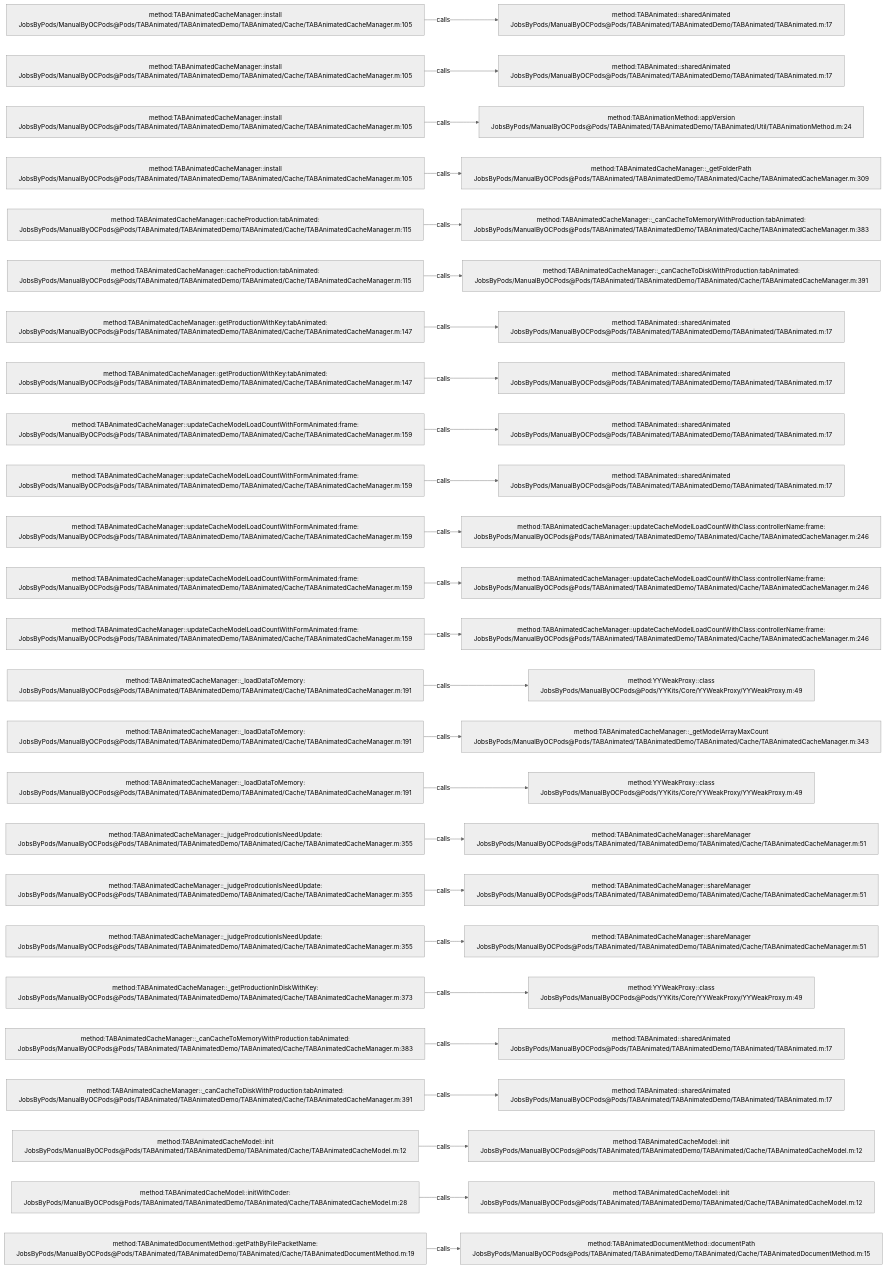
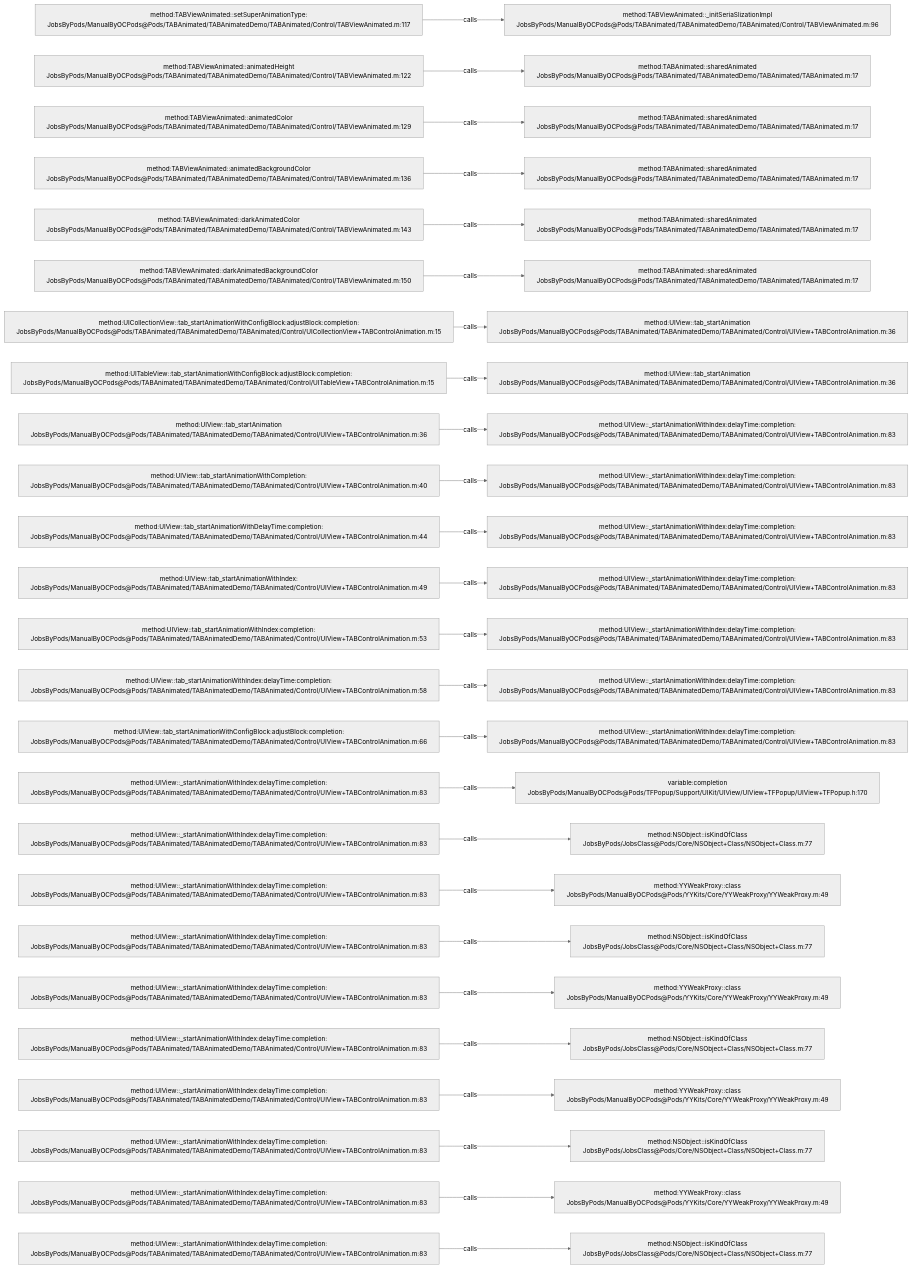
The diagram in .codegraph/codegraph.md/graphs/calls-028.md (JobsKits/JobsOCBaseConfigDemo), drawn with Mermaid (neutral theme) before and after one commit. The commit also changed 1223 other files, not shown here.

````diff
--- a/.codegraph/codegraph.md/graphs/calls-028.md
+++ b/.codegraph/codegraph.md/graphs/calls-028.md
@@ -13,78 +13,78 @@
 ```mermaid
 flowchart LR
-  S1["method:TABAnimatedCacheManager::install<br/>JobsByPods/ManualByOCPods@Pods/TABAnimated/TABAnimatedDemo/TABAnimated/Cache/TABAnimatedCacheManager.m:105"]
-  T1["method:TABAnimated::sharedAnimated<br/>JobsByPods/ManualByOCPods@Pods/TABAnimated/TABAnimatedDemo/TABAnimated/TABAnimated.m:17"]
+  S1["method:TABViewAnimated::setSuperAnimationType:<br/>JobsByPods/ManualByOCPods@Pods/TABAnimated/TABAnimatedDemo/TABAnimated/Control/TABViewAnimated.m:117"]
+  T1["method:TABViewAnimated::_initSeriaSlizationImpl<br/>JobsByPods/ManualByOCPods@Pods/TABAnimated/TABAnimatedDemo/TABAnimated/Control/TABViewAnimated.m:96"]
   S1 -->|calls| T1
-  S2["method:TABAnimatedCacheManager::install<br/>JobsByPods/ManualByOCPods@Pods/TABAnimated/TABAnimatedDemo/TABAnimated/Cache/TABAnimatedCacheManager.m:105"]
+  S2["method:TABViewAnimated::animatedHeight<br/>JobsByPods/ManualByOCPods@Pods/TABAnimated/TABAnimatedDemo/TABAnimated/Control/TABViewAnimated.m:122"]
   T2["method:TABAnimated::sharedAnimated<br/>JobsByPods/ManualByOCPods@Pods/TABAnimated/TABAnimatedDemo/TABAnimated/TABAnimated.m:17"]
   S2 -->|calls| T2
-  S3["method:TABAnimatedCacheManager::install<br/>JobsByPods/ManualByOCPods@Pods/TABAnimated/TABAnimatedDemo/TABAnimated/Cache/TABAnimatedCacheManager.m:105"]
-  T3["method:TABAnimationMethod::appVersion<br/>JobsByPods/ManualByOCPods@Pods/TABAnimated/TABAnimatedDemo/TABAnimated/Util/TABAnimationMethod.m:24"]
+  S3["method:TABViewAnimated::animatedColor<br/>JobsByPods/ManualByOCPods@Pods/TABAnimated/TABAnimatedDemo/TABAnimated/Control/TABViewAnimated.m:129"]
+  T3["method:TABAnimated::sharedAnimated<br/>JobsByPods/ManualByOCPods@Pods/TABAnimated/TABAnimatedDemo/TABAnimated/TABAnimated.m:17"]
   S3 -->|calls| T3
-  S4["method:TABAnimatedCacheManager::install<br/>JobsByPods/ManualByOCPods@Pods/TABAnimated/TABAnimatedDemo/TABAnimated/Cache/TABAnimatedCacheManager.m:105"]
-  T4["method:TABAnimatedCacheManager::_getFolderPath<br/>JobsByPods/ManualByOCPods@Pods/TABAnimated/TABAnimatedDemo/TABAnimated/Cache/TABAnimatedCacheManager.m:309"]
+  S4["method:TABViewAnimated::animatedBackgroundColor<br/>JobsByPods/ManualByOCPods@Pods/TABAnimated/TABAnimatedDemo/TABAnimated/Control/TABViewAnimated.m:136"]
+  T4["method:TABAnimated::sharedAnimated<br/>JobsByPods/ManualByOCPods@Pods/TABAnimated/TABAnimatedDemo/TABAnimated/TABAnimated.m:17"]
   S4 -->|calls| T4
-  S5["method:TABAnimatedCacheManager::cacheProduction:tabAnimated:<br/>JobsByPods/ManualByOCPods@Pods/TABAnimated/TABAnimatedDemo/TABAnimated/Cache/TABAnimatedCacheManager.m:115"]
-  T5["method:TABAnimatedCacheManager::_canCacheToMemoryWithProduction:tabAnimated:<br/>JobsByPods/ManualByOCPods@Pods/TABAnimated/TABAnimatedDemo/TABAnimated/Cache/TABAnimatedCacheManager.m:383"]
+  S5["method:TABViewAnimated::darkAnimatedColor<br/>JobsByPods/ManualByOCPods@Pods/TABAnimated/TABAnimatedDemo/TABAnimated/Control/TABViewAnimated.m:143"]
+  T5["method:TABAnimated::sharedAnimated<br/>JobsByPods/ManualByOCPods@Pods/TABAnimated/TABAnimatedDemo/TABAnimated/TABAnimated.m:17"]
   S5 -->|calls| T5
-  S6["method:TABAnimatedCacheManager::cacheProduction:tabAnimated:<br/>JobsByPods/ManualByOCPods@Pods/TABAnimated/TABAnimatedDemo/TABAnimated/Cache/TABAnimatedCacheManager.m:115"]
-  T6["method:TABAnimatedCacheManager::_canCacheToDiskWithProduction:tabAnimated:<br/>JobsByPods/ManualByOCPods@Pods/TABAnimated/TABAnimatedDemo/TABAnimated/Cache/TABAnimatedCacheManager.m:391"]
+  S6["method:TABViewAnimated::darkAnimatedBackgroundColor<br/>JobsByPods/ManualByOCPods@Pods/TABAnimated/TABAnimatedDemo/TABAnimated/Control/TABViewAnimated.m:150"]
+  T6["method:TABAnimated::sharedAnimated<br/>JobsByPods/ManualByOCPods@Pods/TABAnimated/TABAnimatedDemo/TABAnimated/TABAnimated.m:17"]
   S6 -->|calls| T6
-  S7["method:TABAnimatedCacheManager::getProductionWithKey:tabAnimated:<br/>JobsByPods/ManualByOCPods@Pods/TABAnimated/TABAnimatedDemo/TABAnimated/Cache/TABAnimatedCacheManager.m:147"]
-  T7["method:TABAnimated::sharedAnimated<br/>JobsByPods/ManualByOCPods@Pods/TABAnimated/TABAnimatedDemo/TABAnimated/TABAnimated.m:17"]
+  S7["method:UICollectionView::tab_startAnimationWithConfigBlock:adjustBlock:completion:<br/>JobsByPods/ManualByOCPods@Pods/TABAnimated/TABAnimatedDemo/TABAnimated/Control/UICollectionView+TABControlAnimation.m:15"]
+  T7["method:UIView::tab_startAnimation<br/>JobsByPods/ManualByOCPods@Pods/TABAnimated/TABAnimatedDemo/TABAnimated/Control/UIView+TABControlAnimation.m:36"]
   S7 -->|calls| T7
-  S8["method:TABAnimatedCacheManager::getProductionWithKey:tabAnimated:<br/>JobsByPods/ManualByOCPods@Pods/TABAnimated/TABAnimatedDemo/TABAnimated/Cache/TABAnimatedCacheManager.m:147"]
-  T8["method:TABAnimated::sharedAnimated<br/>JobsByPods/ManualByOCPods@Pods/TABAnimated/TABAnimatedDemo/TABAnimated/TABAnimated.m:17"]
+  S8["method:UITableView::tab_startAnimationWithConfigBlock:adjustBlock:completion:<br/>JobsByPods/ManualByOCPods@Pods/TABAnimated/TABAnimatedDemo/TABAnimated/Control/UITableView+TABControlAnimation.m:15"]
+  T8["method:UIView::tab_startAnimation<br/>JobsByPods/ManualByOCPods@Pods/TABAnimated/TABAnimatedDemo/TABAnimated/Control/UIView+TABControlAnimation.m:36"]
   S8 -->|calls| T8
-  S9["method:TABAnimatedCacheManager::updateCacheModelLoadCountWithFormAnimated:frame:<br/>JobsByPods/ManualByOCPods@Pods/TABAnimated/TABAnimatedDemo/TABAnimated/Cache/TABAnimatedCacheManager.m:159"]
-  T9["method:TABAnimated::sharedAnimated<br/>JobsByPods/ManualByOCPods@Pods/TABAnimated/TABAnimatedDemo/TABAnimated/TABAnimated.m:17"]
+  S9["method:UIView::tab_startAnimation<br/>JobsByPods/ManualByOCPods@Pods/TABAnimated/TABAnimatedDemo/TABAnimated/Control/UIView+TABControlAnimation.m:36"]
+  T9["method:UIView::_startAnimationWithIndex:delayTime:completion:<br/>JobsByPods/ManualByOCPods@Pods/TABAnimated/TABAnimatedDemo/TABAnimated/Control/UIView+TABControlAnimation.m:83"]
   S9 -->|calls| T9
-  S10["method:TABAnimatedCacheManager::updateCacheModelLoadCountWithFormAnimated:frame:<br/>JobsByPods/ManualByOCPods@Pods/TABAnimated/TABAnimatedDemo/TABAnimated/Cache/TABAnimatedCacheManager.m:159"]
-  T10["method:TABAnimated::sharedAnimated<br/>JobsByPods/ManualByOCPods@Pods/TABAnimated/TABAnimatedDemo/TABAnimated/TABAnimated.m:17"]
+  S10["method:UIView::tab_startAnimationWithCompletion:<br/>JobsByPods/ManualByOCPods@Pods/TABAnimated/TABAnimatedDemo/TABAnimated/Control/UIView+TABControlAnimation.m:40"]
+  T10["method:UIView::_startAnimationWithIndex:delayTime:completion:<br/>JobsByPods/ManualByOCPods@Pods/TABAnimated/TABAnimatedDemo/TABAnimated/Control/UIView+TABControlAnimation.m:83"]
   S10 -->|calls| T10
-  S11["method:TABAnimatedCacheManager::updateCacheModelLoadCountWithFormAnimated:frame:<br/>JobsByPods/ManualByOCPods@Pods/TABAnimated/TABAnimatedDemo/TABAnimated/Cache/TABAnimatedCacheManager.m:159"]
-  T11["method:TABAnimatedCacheManager::updateCacheModelLoadCountWithClass:controllerName:frame:<br/>JobsByPods/ManualByOCPods@Pods/TABAnimated/TABAnimatedDemo/TABAnimated/Cache/TABAnimatedCacheManager.m:246"]
+  S11["method:UIView::tab_startAnimationWithDelayTime:completion:<br/>JobsByPods/ManualByOCPods@Pods/TABAnimated/TABAnimatedDemo/TABAnimated/Control/UIView+TABControlAnimation.m:44"]
+  T11["method:UIView::_startAnimationWithIndex:delayTime:completion:<br/>JobsByPods/ManualByOCPods@Pods/TABAnimated/TABAnimatedDemo/TABAnimated/Control/UIView+TABControlAnimation.m:83"]
   S11 -->|calls| T11
-  S12["method:TABAnimatedCacheManager::updateCacheModelLoadCountWithFormAnimated:frame:<br/>JobsByPods/ManualByOCPods@Pods/TABAnimated/TABAnimatedDemo/TABAnimated/Cache/TABAnimatedCacheManager.m:159"]
-  T12["method:TABAnimatedCacheManager::updateCacheModelLoadCountWithClass:controllerName:frame:<br/>JobsByPods/ManualByOCPods@Pods/TABAnimated/TABAnimatedDemo/TABAnimated/Cache/TABAnimatedCacheManager.m:246"]
+  S12["method:UIView::tab_startAnimationWithIndex:<br/>JobsByPods/ManualByOCPods@Pods/TABAnimated/TABAnimatedDemo/TABAnimated/Control/UIView+TABControlAnimation.m:49"]
+  T12["method:UIView::_startAnimationWithIndex:delayTime:completion:<br/>JobsByPods/ManualByOCPods@Pods/TABAnimated/TABAnimatedDemo/TABAnimated/Control/UIView+TABControlAnimation.m:83"]
   S12 -->|calls| T12
-  S13["method:TABAnimatedCacheManager::updateCacheModelLoadCountWithFormAnimated:frame:<br/>JobsByPods/ManualByOCPods@Pods/TABAnimated/TABAnimatedDemo/TABAnimated/Cache/TABAnimatedCacheManager.m:159"]
-  T13["method:TABAnimatedCacheManager::updateCacheModelLoadCountWithClass:controllerName:frame:<br/>JobsByPods/ManualByOCPods@Pods/TABAnimated/TABAnimatedDemo/TABAnimated/Cache/TABAnimatedCacheManager.m:246"]
+  S13["method:UIView::tab_startAnimationWithIndex:completion:<br/>JobsByPods/ManualByOCPods@Pods/TABAnimated/TABAnimatedDemo/TABAnimated/Control/UIView+TABControlAnimation.m:53"]
+  T13["method:UIView::_startAnimationWithIndex:delayTime:completion:<br/>JobsByPods/ManualByOCPods@Pods/TABAnimated/TABAnimatedDemo/TABAnimated/Control/UIView+TABControlAnimation.m:83"]
   S13 -->|calls| T13
-  S14["method:TABAnimatedCacheManager::_loadDataToMemory:<br/>JobsByPods/ManualByOCPods@Pods/TABAnimated/TABAnimatedDemo/TABAnimated/Cache/TABAnimatedCacheManager.m:191"]
-  T14["method:YYWeakProxy::class<br/>JobsByPods/ManualByOCPods@Pods/YYKits/Core/YYWeakProxy/YYWeakProxy.m:49"]
+  S14["method:UIView::tab_startAnimationWithIndex:delayTime:completion:<br/>JobsByPods/ManualByOCPods@Pods/TABAnimated/TABAnimatedDemo/TABAnimated/Control/UIView+TABControlAnimation.m:58"]
+  T14["method:UIView::_startAnimationWithIndex:delayTime:completion:<br/>JobsByPods/ManualByOCPods@Pods/TABAnimated/TABAnimatedDemo/TABAnimated/Control/UIView+TABControlAnimation.m:83"]
   S14 -->|calls| T14
-  S15["method:TABAnimatedCacheManager::_loadDataToMemory:<br/>JobsByPods/ManualByOCPods@Pods/TABAnimated/TABAnimatedDemo/TABAnimated/Cache/TABAnimatedCacheManager.m:191"]
-  T15["method:TABAnimatedCacheManager::_getModelArrayMaxCount<br/>JobsByPods/ManualByOCPods@Pods/TABAnimated/TABAnimatedDemo/TABAnimated/Cache/TABAnimatedCacheManager.m:343"]
+  S15["method:UIView::tab_startAnimationWithConfigBlock:adjustBlock:completion:<br/>JobsByPods/ManualByOCPods@Pods/TABAnimated/TABAnimatedDemo/TABAnimated/Control/UIView+TABControlAnimation.m:66"]
+  T15["method:UIView::_startAnimationWithIndex:delayTime:completion:<br/>JobsByPods/ManualByOCPods@Pods/TABAnimated/TABAnimatedDemo/TABAnimated/Control/UIView+TABControlAnimation.m:83"]
   S15 -->|calls| T15
-  S16["method:TABAnimatedCacheManager::_loadDataToMemory:<br/>JobsByPods/ManualByOCPods@Pods/TABAnimated/TABAnimatedDemo/TABAnimated/Cache/TABAnimatedCacheManager.m:191"]
-  T16["method:YYWeakProxy::class<br/>JobsByPods/ManualByOCPods@Pods/YYKits/Core/YYWeakProxy/YYWeakProxy.m:49"]
+  S16["method:UIView::_startAnimationWithIndex:delayTime:completion:<br/>JobsByPods/ManualByOCPods@Pods/TABAnimated/TABAnimatedDemo/TABAnimated/Control/UIView+TABControlAnimation.m:83"]
+  T16["variable:completion<br/>JobsByPods/ManualByOCPods@Pods/TFPopup/Support/UIKit/UIView/UIView+TFPopup/UIView+TFPopup.h:170"]
   S16 -->|calls| T16
-  S17["method:TABAnimatedCacheManager::_judgeProdcutionIsNeedUpdate:<br/>JobsByPods/ManualByOCPods@Pods/TABAnimated/TABAnimatedDemo/TABAnimated/Cache/TABAnimatedCacheManager.m:355"]
-  T17["method:TABAnimatedCacheManager::shareManager<br/>JobsByPods/ManualByOCPods@Pods/TABAnimated/TABAnimatedDemo/TABAnimated/Cache/TABAnimatedCacheManager.m:51"]
+  S17["method:UIView::_startAnimationWithIndex:delayTime:completion:<br/>JobsByPods/ManualByOCPods@Pods/TABAnimated/TABAnimatedDemo/TABAnimated/Control/UIView+TABControlAnimation.m:83"]
+  T17["method:NSObject::isKindOfClass<br/>JobsByPods/JobsClass@Pods/Core/NSObject+Class/NSObject+Class.m:77"]
   S17 -->|calls| T17
-  S18["method:TABAnimatedCacheManager::_judgeProdcutionIsNeedUpdate:<br/>JobsByPods/ManualByOCPods@Pods/TABAnimated/TABAnimatedDemo/TABAnimated/Cache/TABAnimatedCacheManager.m:355"]
-  T18["method:TABAnimatedCacheManager::shareManager<br/>JobsByPods/ManualByOCPods@Pods/TABAnimated/TABAnimatedDemo/TABAnimated/Cache/TABAnimatedCacheManager.m:51"]
+  S18["method:UIView::_startAnimationWithIndex:delayTime:completion:<br/>JobsByPods/ManualByOCPods@Pods/TABAnimated/TABAnimatedDemo/TABAnimated/Control/UIView+TABControlAnimation.m:83"]
+  T18["method:YYWeakProxy::class<br/>JobsByPods/ManualByOCPods@Pods/YYKits/Core/YYWeakProxy/YYWeakProxy.m:49"]
   S18 -->|calls| T18
-  S19["method:TABAnimatedCacheManager::_judgeProdcutionIsNeedUpdate:<br/>JobsByPods/ManualByOCPods@Pods/TABAnimated/TABAnimatedDemo/TABAnimated/Cache/TABAnimatedCacheManager.m:355"]
-  T19["method:TABAnimatedCacheManager::shareManager<br/>JobsByPods/ManualByOCPods@Pods/TABAnimated/TABAnimatedDemo/TABAnimated/Cache/TABAnimatedCacheManager.m:51"]
+  S19["method:UIView::_startAnimationWithIndex:delayTime:completion:<br/>JobsByPods/ManualByOCPods@Pods/TABAnimated/TABAnimatedDemo/TABAnimated/Control/UIView+TABControlAnimation.m:83"]
+  T19["method:NSObject::isKindOfClass<br/>JobsByPods/JobsClass@Pods/Core/NSObject+Class/NSObject+Class.m:77"]
   S19 -->|calls| T19
-  S20["method:TABAnimatedCacheManager::_getProductionInDiskWithKey:<br/>JobsByPods/ManualByOCPods@Pods/TABAnimated/TABAnimatedDemo/TABAnimated/Cache/TABAnimatedCacheManager.m:373"]
+  S20["method:UIView::_startAnimationWithIndex:delayTime:completion:<br/>JobsByPods/ManualByOCPods@Pods/TABAnimated/TABAnimatedDemo/TABAnimated/Control/UIView+TABControlAnimation.m:83"]
   T20["method:YYWeakProxy::class<br/>JobsByPods/ManualByOCPods@Pods/YYKits/Core/YYWeakProxy/YYWeakProxy.m:49"]
   S20 -->|calls| T20
-  S21["method:TABAnimatedCacheManager::_canCacheToMemoryWithProduction:tabAnimated:<br/>JobsByPods/ManualByOCPods@Pods/TABAnimated/TABAnimatedDemo/TABAnimated/Cache/TABAnimatedCacheManager.m:383"]
-  T21["method:TABAnimated::sharedAnimated<br/>JobsByPods/ManualByOCPods@Pods/TABAnimated/TABAnimatedDemo/TABAnimated/TABAnimated.m:17"]
+  S21["method:UIView::_startAnimationWithIndex:delayTime:completion:<br/>JobsByPods/ManualByOCPods@Pods/TABAnimated/TABAnimatedDemo/TABAnimated/Control/UIView+TABControlAnimation.m:83"]
+  T21["method:NSObject::isKindOfClass<br/>JobsByPods/JobsClass@Pods/Core/NSObject+Class/NSObject+Class.m:77"]
   S21 -->|calls| T21
-  S22["method:TABAnimatedCacheManager::_canCacheToDiskWithProduction:tabAnimated:<br/>JobsByPods/ManualByOCPods@Pods/TABAnimated/TABAnimatedDemo/TABAnimated/Cache/TABAnimatedCacheManager.m:391"]
-  T22["method:TABAnimated::sharedAnimated<br/>JobsByPods/ManualByOCPods@Pods/TABAnimated/TABAnimatedDemo/TABAnimated/TABAnimated.m:17"]
+  S22["method:UIView::_startAnimationWithIndex:delayTime:completion:<br/>JobsByPods/ManualByOCPods@Pods/TABAnimated/TABAnimatedDemo/TABAnimated/Control/UIView+TABControlAnimation.m:83"]
+  T22["method:YYWeakProxy::class<br/>JobsByPods/ManualByOCPods@Pods/YYKits/Core/YYWeakProxy/YYWeakProxy.m:49"]
   S22 -->|calls| T22
-  S23["method:TABAnimatedCacheModel::init<br/>JobsByPods/ManualByOCPods@Pods/TABAnimated/TABAnimatedDemo/TABAnimated/Cache/TABAnimatedCacheModel.m:12"]
-  T23["method:TABAnimatedCacheModel::init<br/>JobsByPods/ManualByOCPods@Pods/TABAnimated/TABAnimatedDemo/TABAnimated/Cache/TABAnimatedCacheModel.m:12"]
+  S23["method:UIView::_startAnimationWithIndex:delayTime:completion:<br/>JobsByPods/ManualByOCPods@Pods/TABAnimated/TABAnimatedDemo/TABAnimated/Control/UIView+TABControlAnimation.m:83"]
+  T23["method:NSObject::isKindOfClass<br/>JobsByPods/JobsClass@Pods/Core/NSObject+Class/NSObject+Class.m:77"]
   S23 -->|calls| T23
-  S24["method:TABAnimatedCacheModel::initWithCoder:<br/>JobsByPods/ManualByOCPods@Pods/TABAnimated/TABAnimatedDemo/TABAnimated/Cache/TABAnimatedCacheModel.m:28"]
-  T24["method:TABAnimatedCacheModel::init<br/>JobsByPods/ManualByOCPods@Pods/TABAnimated/TABAnimatedDemo/TABAnimated/Cache/TABAnimatedCacheModel.m:12"]
+  S24["method:UIView::_startAnimationWithIndex:delayTime:completion:<br/>JobsByPods/ManualByOCPods@Pods/TABAnimated/TABAnimatedDemo/TABAnimated/Control/UIView+TABControlAnimation.m:83"]
+  T24["method:YYWeakProxy::class<br/>JobsByPods/ManualByOCPods@Pods/YYKits/Core/YYWeakProxy/YYWeakProxy.m:49"]
   S24 -->|calls| T24
-  S25["method:TABAnimatedDocumentMethod::getPathByFilePacketName:<br/>JobsByPods/ManualByOCPods@Pods/TABAnimated/TABAnimatedDemo/TABAnimated/Cache/TABAnimatedDocumentMethod.m:19"]
-  T25["method:TABAnimatedDocumentMethod::documentPath<br/>JobsByPods/ManualByOCPods@Pods/TABAnimated/TABAnimatedDemo/TABAnimated/Cache/TABAnimatedDocumentMethod.m:15"]
+  S25["method:UIView::_startAnimationWithIndex:delayTime:completion:<br/>JobsByPods/ManualByOCPods@Pods/TABAnimated/TABAnimatedDemo/TABAnimated/Control/UIView+TABControlAnimation.m:83"]
+  T25["method:NSObject::isKindOfClass<br/>JobsByPods/JobsClass@Pods/Core/NSObject+Class/NSObject+Class.m:77"]
   S25 -->|calls| T25
 ```
````
